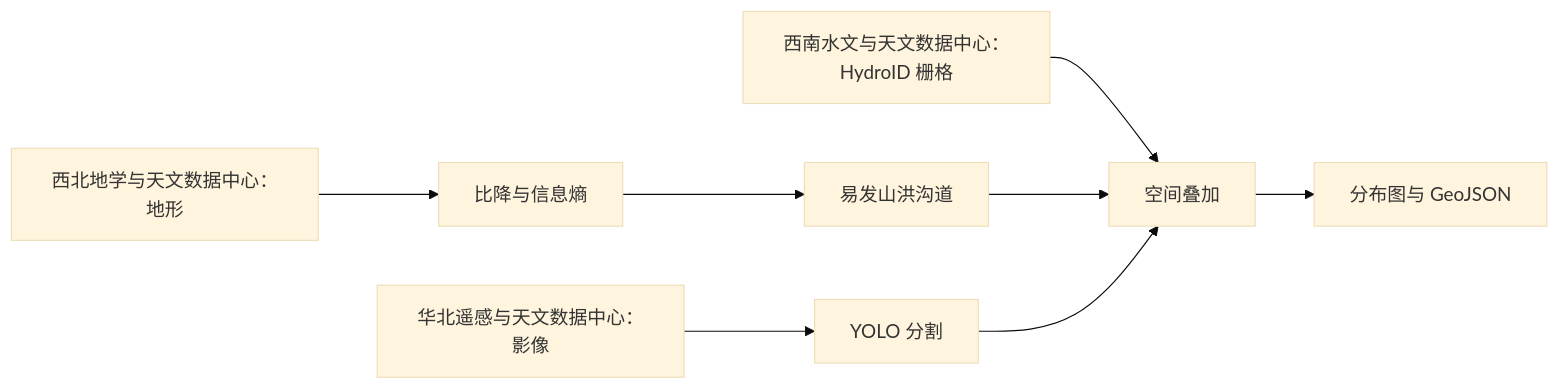
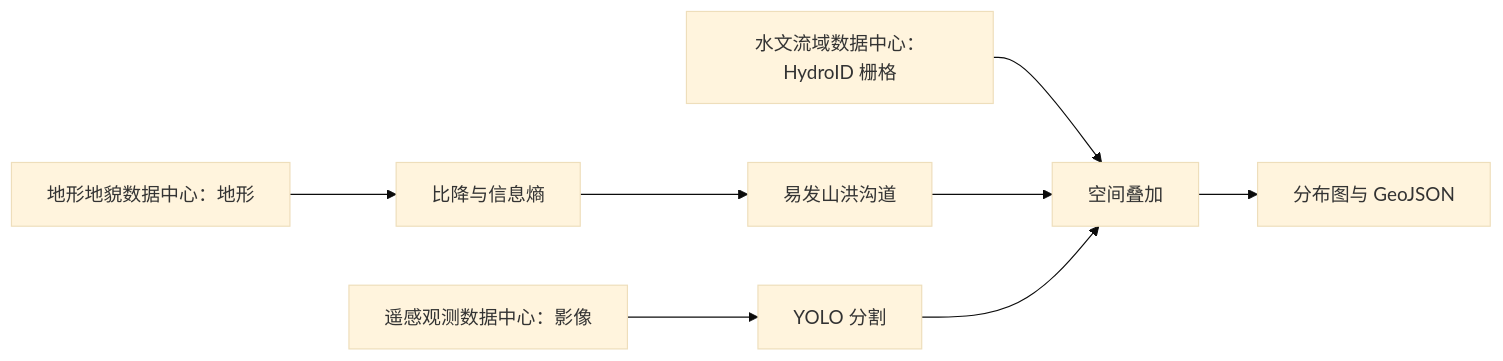
Before and after one commit to rdcn-link/conet: the first of 2 diagrams in docs/cases_zh.md, drawn with Mermaid (base theme). The commit also changed other lines of this file and 17 other files, not shown here.

````diff
--- a/docs/cases_zh.md
+++ b/docs/cases_zh.md
@@ -15,10 +15,10 @@
 ```mermaid
 flowchart LR
-    A[西北地学与天文数据中心：地形] --> S[比降与信息熵]
+    A[地形地貌数据中心：地形] --> S[比降与信息熵]
     S --> H[易发山洪沟道]
-    B[华北遥感与天文数据中心：影像] --> Y[YOLO 分割]
-    C[西南水文与天文数据中心：HydroID 栅格] --> O[空间叠加]
+    B[遥感观测数据中心：影像] --> Y[YOLO 分割]
+    C[水文流域数据中心：HydroID 栅格] --> O[空间叠加]
     H --> O
     Y --> O
     O --> M[分布图与 GeoJSON]
 ```
````
